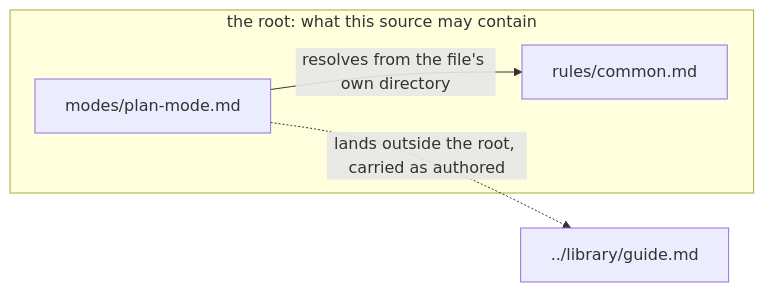
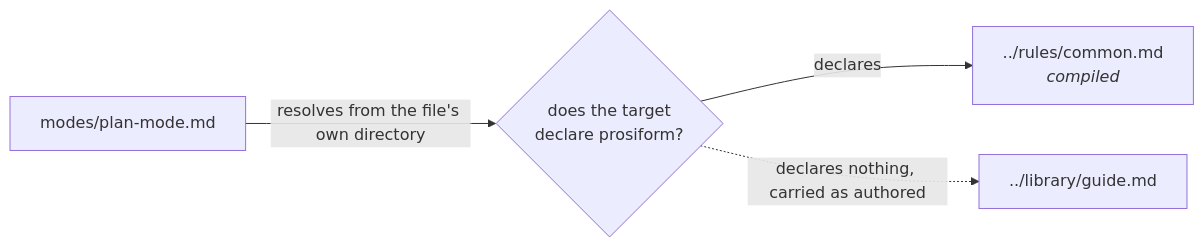
Before and after one commit to m2ux/prosiform: the diagram in docs/sources.md, drawn with Mermaid. The commit also changed other lines of this file and 13 other files, not shown here.

````diff
--- a/docs/sources.md
+++ b/docs/sources.md
@@ -27,9 +25,6 @@
 ```mermaid
 flowchart LR
-  subgraph Root["the root: what this source may contain"]
-    Doc["modes/plan-mode.md"]
-    Rules["rules/common.md"]
-  end
-  Doc -- "resolves from the file's own directory" --> Rules
-  Doc -. "lands outside the root, carried as authored" .-> Outside["../library/guide.md"]
+  Doc["modes/plan-mode.md"] -- "resolves from the file's own directory" --> Ask{"does the target<br/>declare prosiform?"}
+  Ask -- "declares" --> Rules["../rules/common.md<br/><i>compiled</i>"]
+  Ask -. "declares nothing, carried as authored" .-> Guide["../library/guide.md"]
 ```
````
